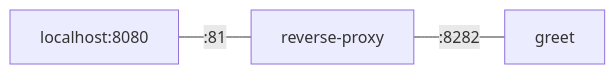
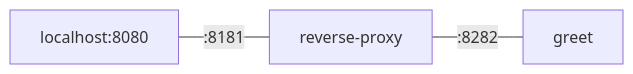
The first of 2 diagrams in README.md (evolutics/kerek), drawn with Mermaid before and after one commit. The commit also changed 4 other files, not shown here.

````diff
--- a/README.md
+++ b/README.md
@@ -91,4 +91,4 @@
 ```mermaid
 flowchart LR
-    localhost:8080 ---|:81| reverse-proxy ---|:8282| greet
+    localhost:8080 ---|:8181| reverse-proxy ---|:8282| greet
 ```
````
